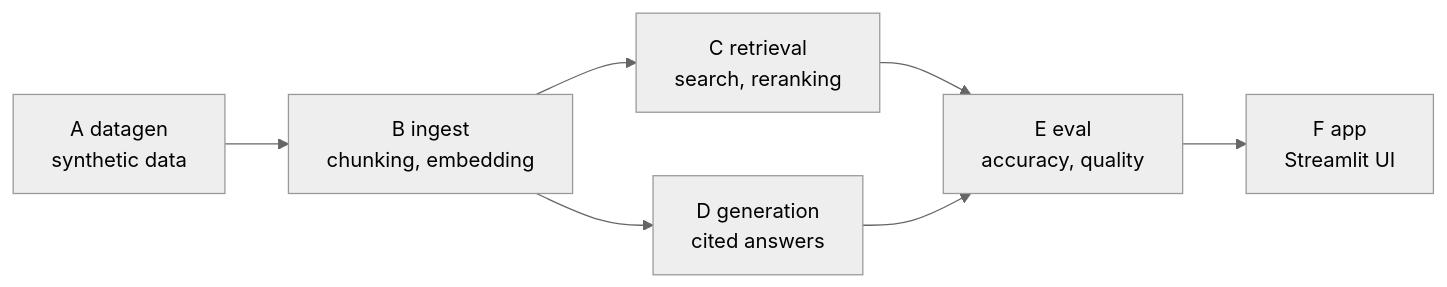
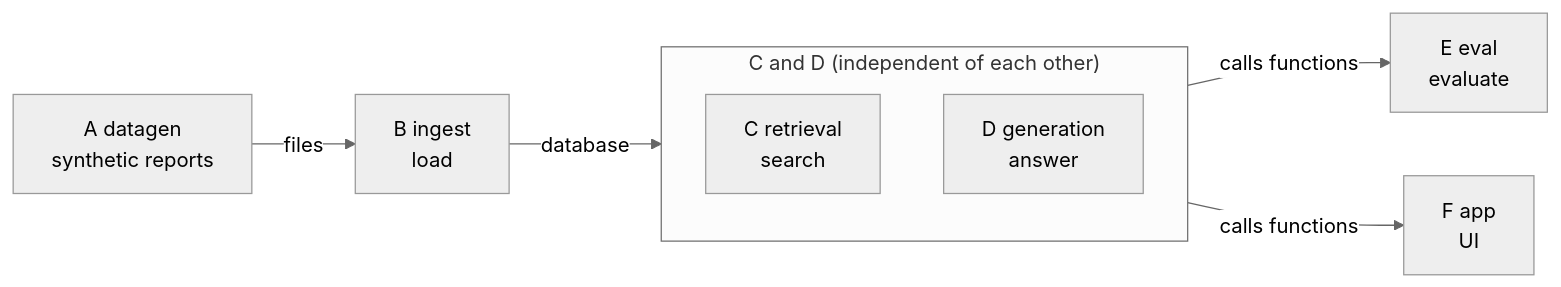
The second of 3 diagrams in README_en.md (satoshi-abe-dev/silo-rag), drawn with Mermaid (neutral theme) before and after one commit. The commit also changed other lines of this file and 1 other file, not shown here.

````diff
--- a/README_en.md
+++ b/README_en.md
@@ -125,9 +199,11 @@
 ```mermaid
 graph LR
-    A["A datagen<br/>synthetic data"] --> B["B ingest<br/>chunking, embedding"]
-    B --> C["C retrieval<br/>search, reranking"]
-    B --> D["D generation<br/>cited answers"]
-    C --> E["E eval<br/>accuracy, quality"]
-    D --> E
-    E --> F["F app<br/>Streamlit UI"]
+    A["A datagen<br/>synthetic reports"] -->|files| B["B ingest<br/>load"]
+    B -->|database| cd
+    subgraph cd["C and D (independent of each other)"]
+        C["C retrieval<br/>search"]
+        D["D generation<br/>answer"]
+    end
+    cd -->|calls functions| E["E eval<br/>evaluate"]
+    cd -->|calls functions| F["F app<br/>UI"]
 ```
````
